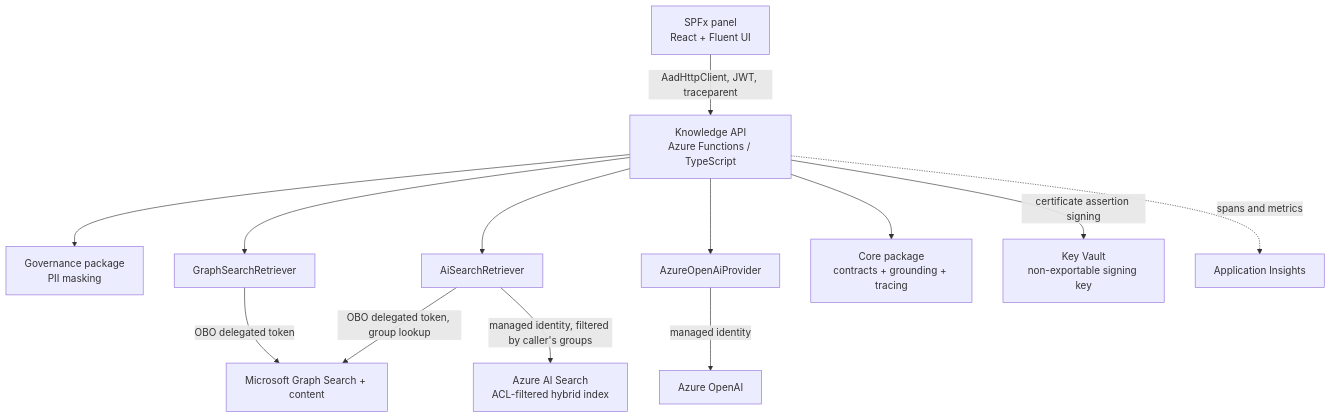
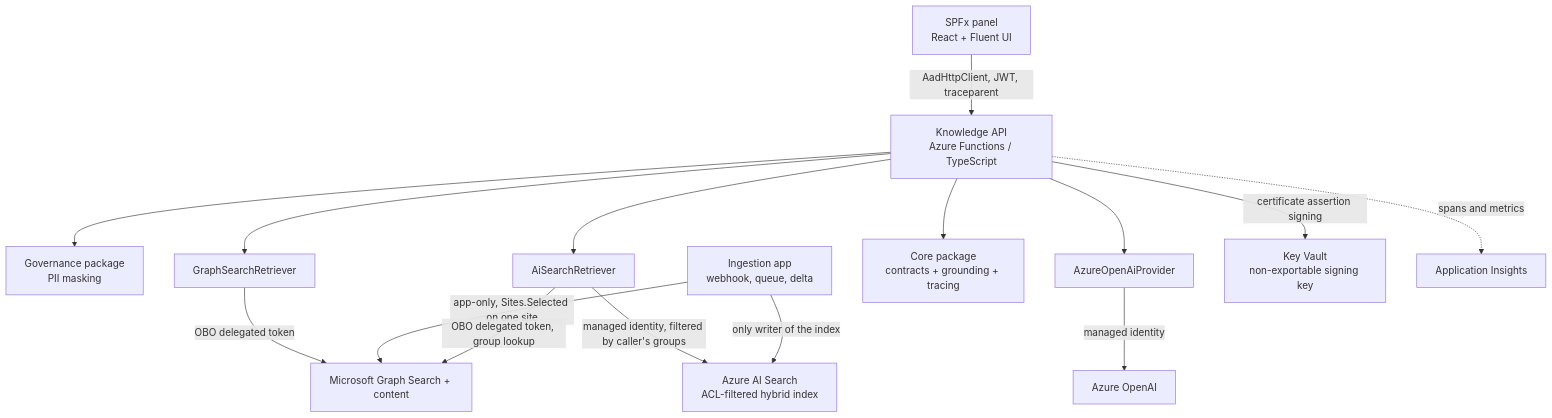
The second of 3 diagrams in docs/architecture.md (noletorodolfo/context-aware-enterprise-knowledge), drawn with Mermaid before and after one commit. The commit also changed other lines of this file and 88 other files, not shown here.

````diff
--- a/docs/architecture.md
+++ b/docs/architecture.md
@@ -38,28 +38,31 @@
 ```mermaid
 flowchart TB
     Panel[SPFx panel<br/>React + Fluent UI]
     Api[Knowledge API<br/>Azure Functions / TypeScript]
     Pii[Governance package<br/>PII masking]
     Retriever[GraphSearchRetriever]
     Hybrid[AiSearchRetriever]
     Provider[AzureOpenAiProvider]
     Core[Core package<br/>contracts + grounding + tracing]
     Graph[Microsoft Graph Search + content]
     Search[Azure AI Search<br/>ACL-filtered hybrid index]
+    Ingest[Ingestion app<br/>webhook, queue, delta]
     KeyVault[Key Vault<br/>non-exportable signing key]
     LLM[Azure OpenAI]
     Telemetry[Application Insights]
 
     Panel -->|AadHttpClient, JWT, traceparent| Api
     Api --> Pii
     Api --> Retriever
     Api --> Hybrid
     Api --> Provider
     Api --> Core
     Retriever -->|OBO delegated token| Graph
     Hybrid -->|managed identity, filtered by caller's groups| Search
+    Ingest -->|app-only, Sites.Selected on one site| Graph
+    Ingest -->|only writer of the index| Search
     Hybrid -->|OBO delegated token, group lookup| Graph
     Api -->|certificate assertion signing| KeyVault
     Provider -->|managed identity| LLM
     Api -.spans and metrics.-> Telemetry
 ```
````
